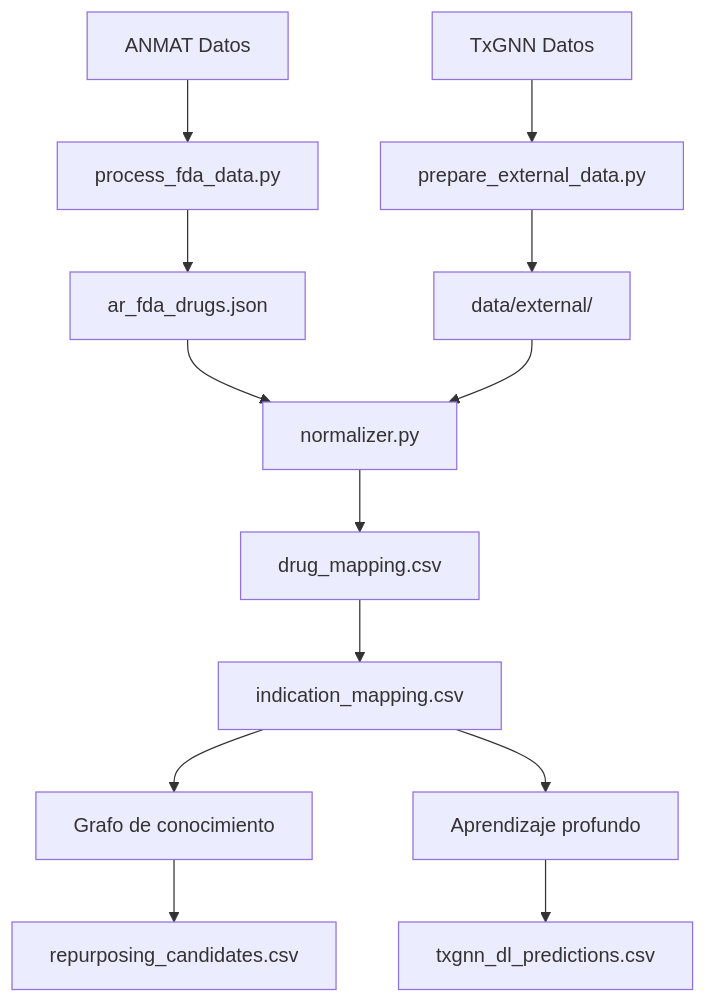
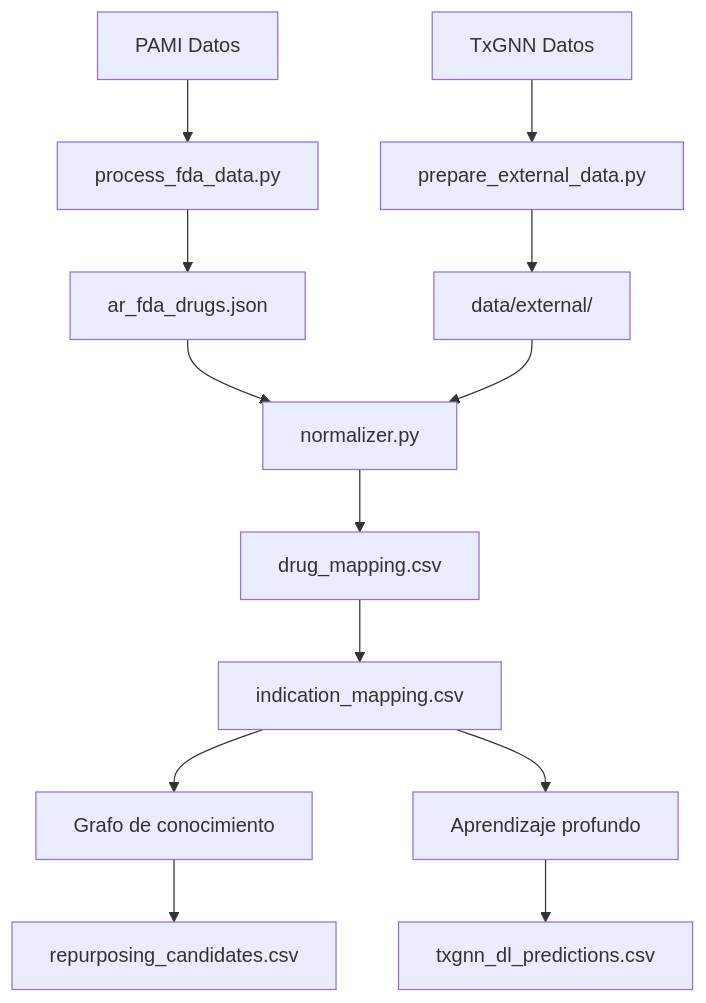
One commit to yao-care/ARTxGNN changed the second of 2 diagrams in README.md. Above: the diagram before and after it, drawn with Mermaid. The commit also changed other lines of this file and 3 other files, not shown here.

First line of the commit message:
其餘資料來源描述改寫實際資料集：ANMAT → PAMI 藥品價目表

````diff
--- a/README.md
+++ b/README.md
@@ -303,20 +303,20 @@
 ```mermaid
 flowchart TD
-    FDA["ANMAT Datos"] --> proc["process_fda_data.py"]
+    FDA["PAMI Datos"] --> proc["process_fda_data.py"]
     TxGNN["TxGNN Datos"] --> prep["prepare_external_data.py"]
 
     proc --> json["ar_fda_drugs.json"]
     prep --> ext["data/external/"]
 
     json --> norm["normalizer.py"]
     ext --> norm
 
     norm --> drug_map["drug_mapping.csv"]
     drug_map --> ind_map["indication_mapping.csv"]
 
     ind_map --> KG["Grafo de conocimiento"]
     ind_map --> DL["Aprendizaje profundo"]
 
     KG --> kg_out["repurposing_candidates.csv"]
     DL --> dl_out["txgnn_dl_predictions.csv"]
 ```
````
